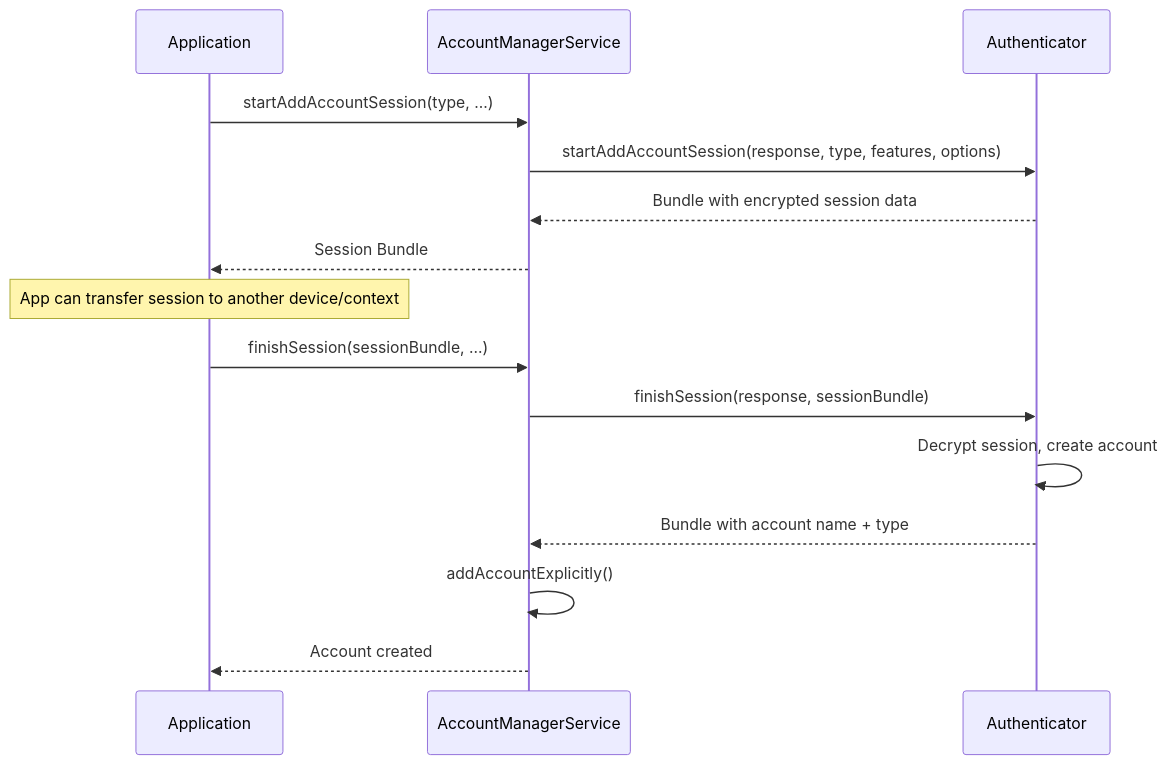
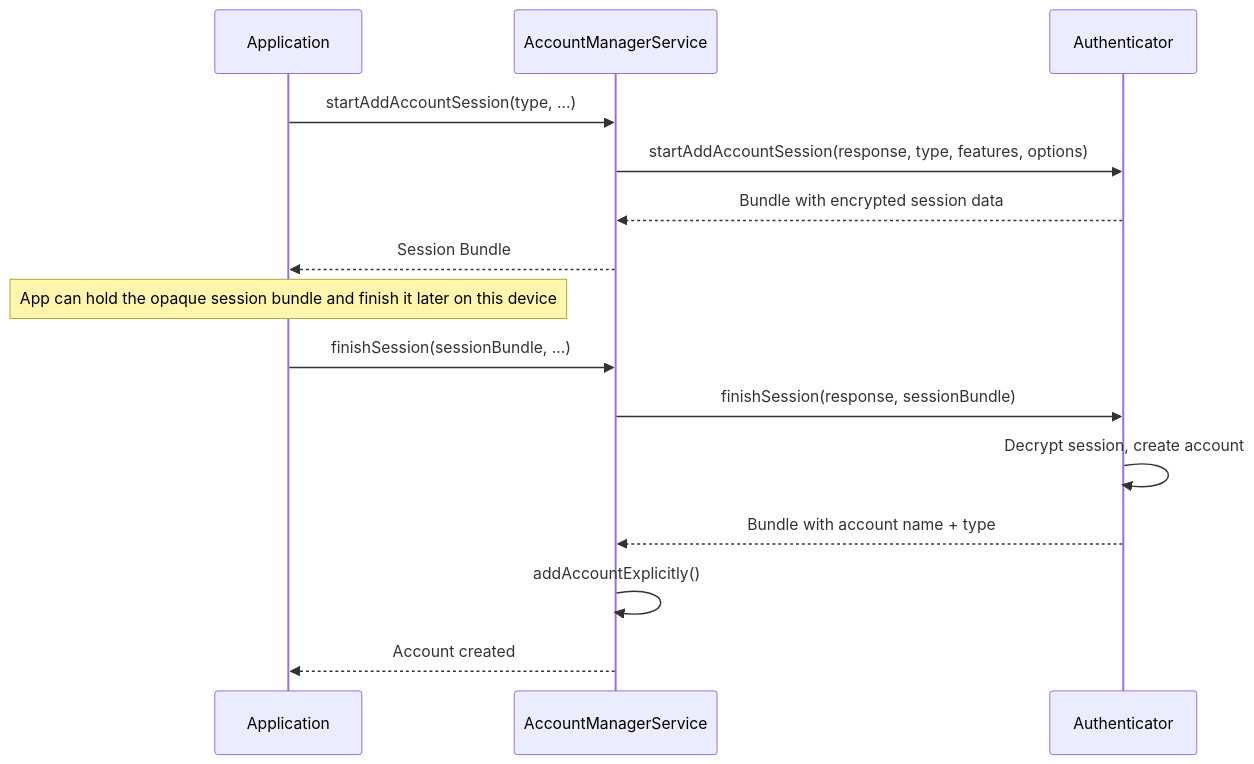
Before and after one commit to aospbooks/aosp-internal-book: the fourth of 17 diagrams in 32-account-sync.md, drawn with Mermaid. The commit also changed other lines of this file and 218 other files, not shown here.

````diff
--- a/32-account-sync.md
+++ b/32-account-sync.md
@@ -507,20 +516,20 @@
 ```mermaid
 sequenceDiagram
     participant App as Application
     participant AMS as AccountManagerService
     participant AUTH as Authenticator
 
     App->>AMS: startAddAccountSession(type, ...)
     AMS->>AUTH: startAddAccountSession(response, type, features, options)
     AUTH-->>AMS: Bundle with encrypted session data
     AMS-->>App: Session Bundle
 
-    Note over App: App can transfer session to another device/context
+    Note over App: App can hold the opaque session bundle and finish it later on this device
 
     App->>AMS: finishSession(sessionBundle, ...)
     AMS->>AUTH: finishSession(response, sessionBundle)
     AUTH->>AUTH: Decrypt session, create account
     AUTH-->>AMS: Bundle with account name + type
     AMS->>AMS: addAccountExplicitly()
     AMS-->>App: Account created
 ```
````
